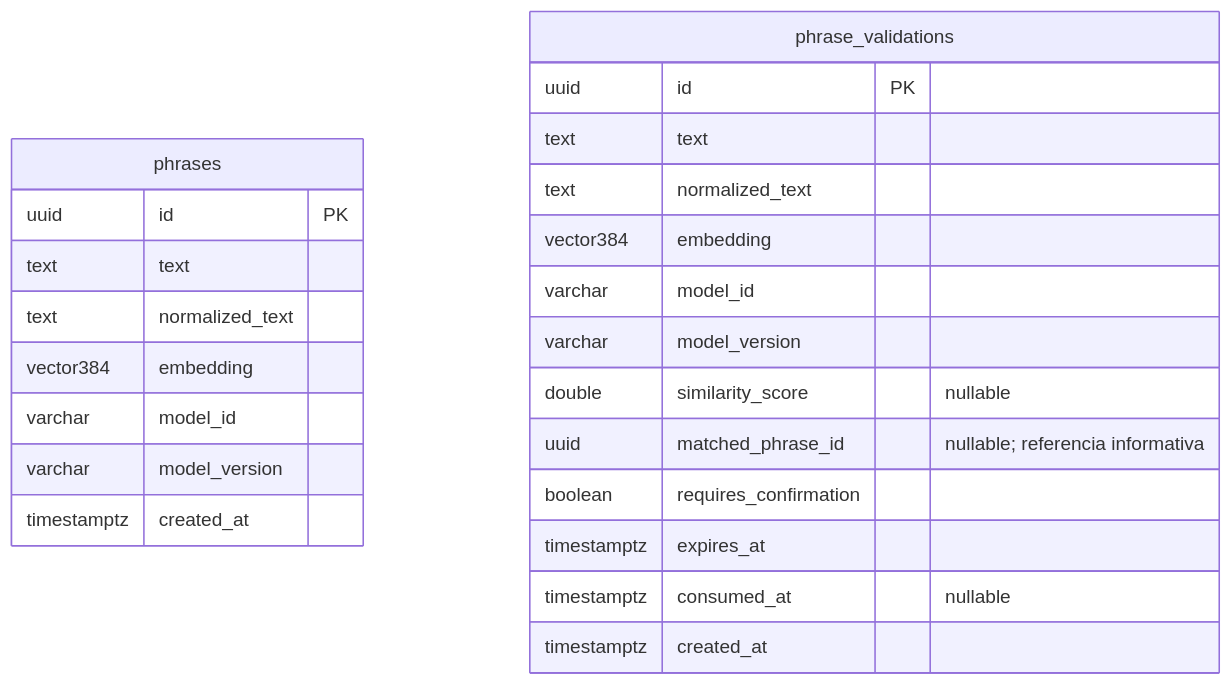
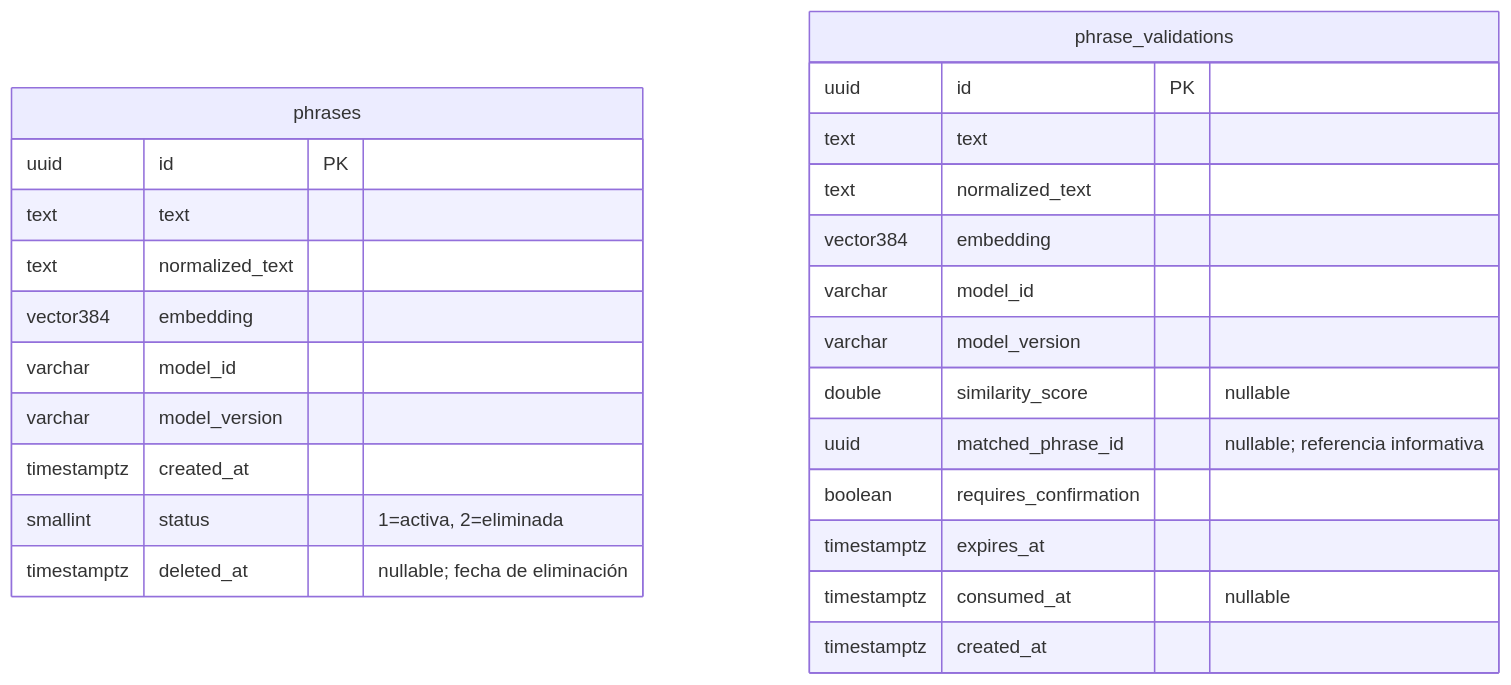
Before and after one commit to eduardoquispe/semantic-phrase-app: the first of 4 diagrams in docs/03-architecture/05-data-architecture.md, drawn with Mermaid. The commit also changed other lines of this file and 5 other files, not shown here.

````diff
--- a/docs/03-architecture/05-data-architecture.md
+++ b/docs/03-architecture/05-data-architecture.md
@@ -56,26 +56,28 @@
 ```mermaid
 erDiagram
     phrases {
         uuid id PK
         text text
         text normalized_text
         vector384 embedding
         varchar model_id
         varchar model_version
         timestamptz created_at
+        smallint status "1=activa, 2=eliminada"
+        timestamptz deleted_at "nullable; fecha de eliminación"
     }
     phrase_validations {
         uuid id PK
         text text
         text normalized_text
         vector384 embedding
         varchar model_id
         varchar model_version
         double similarity_score "nullable"
         uuid matched_phrase_id "nullable; referencia informativa"
         boolean requires_confirmation
         timestamptz expires_at
         timestamptz consumed_at "nullable"
         timestamptz created_at
     }
 ```
````
